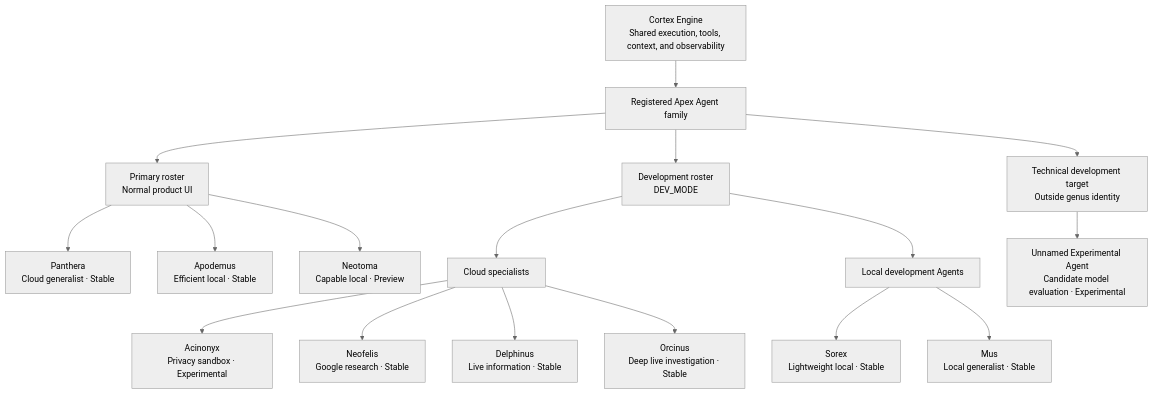
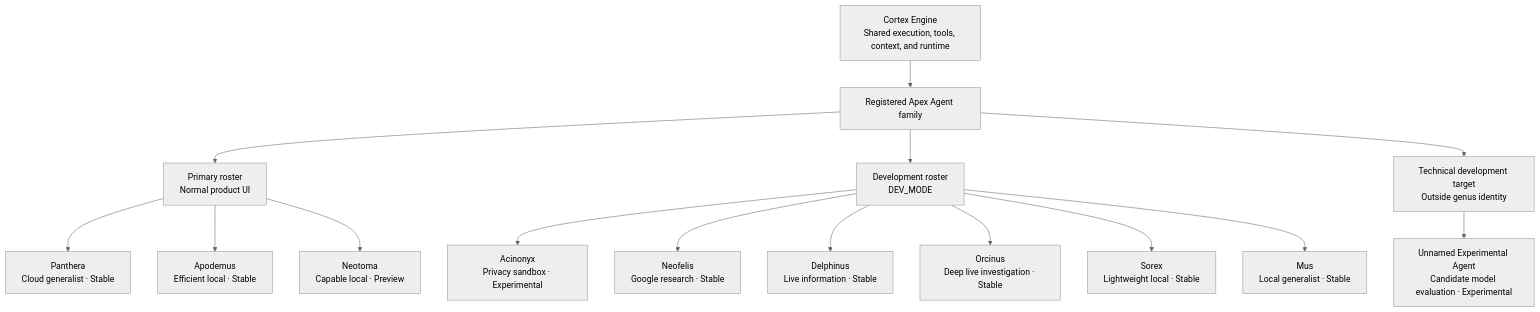
The diagram in docs/identity-and-naming.md (edumarcano/APEX), drawn with Mermaid (neutral theme) before and after one commit. The commit also changed other lines of this file and 26 other files, not shown here.

````diff
--- a/docs/identity-and-naming.md
+++ b/docs/identity-and-naming.md
@@ -140,31 +98,27 @@
 ```mermaid
 flowchart TB
-    ENGINE["Cortex Engine<br/>Shared execution, tools, context, and observability"]
+    ENGINE["Cortex Engine<br/>Shared execution, tools, context, and runtime"]
     FAMILY["Registered Apex Agent family"]
 
     PRIMARY["Primary roster<br/>Normal product UI"]
     DEV["Development roster<br/>DEV_MODE"]
     EXP["Technical development target<br/>Outside genus identity"]
 
     ENGINE --> FAMILY
     FAMILY --> PRIMARY
     FAMILY --> DEV
     FAMILY --> EXP
 
     PRIMARY --> PANTHERA["Panthera<br/>Cloud generalist · Stable"]
     PRIMARY --> APODEMUS["Apodemus<br/>Efficient local · Stable"]
     PRIMARY --> NEOTOMA["Neotoma<br/>Capable local · Preview"]
 
-    DEV --> CLOUDDEV["Cloud specialists"]
-    DEV --> LOCALDEV["Local development Agents"]
-
-    CLOUDDEV --> ACINONYX["Acinonyx<br/>Privacy sandbox · Experimental"]
-    CLOUDDEV --> NEOFELIS["Neofelis<br/>Google research · Stable"]
-    CLOUDDEV --> DELPHINUS["Delphinus<br/>Live information · Stable"]
-    CLOUDDEV --> ORCINUS["Orcinus<br/>Deep live investigation · Stable"]
-
-    LOCALDEV --> SOREX["Sorex<br/>Lightweight local · Stable"]
-    LOCALDEV --> MUS["Mus<br/>Local generalist · Stable"]
+    DEV --> ACINONYX["Acinonyx<br/>Privacy sandbox · Experimental"]
+    DEV --> NEOFELIS["Neofelis<br/>Google research · Stable"]
+    DEV --> DELPHINUS["Delphinus<br/>Live information · Stable"]
+    DEV --> ORCINUS["Orcinus<br/>Deep live investigation · Stable"]
+    DEV --> SOREX["Sorex<br/>Lightweight local · Stable"]
+    DEV --> MUS["Mus<br/>Local generalist · Stable"]
 
     EXP --> UNNAMED["Unnamed Experimental Agent<br/>Candidate model evaluation · Experimental"]
 ```
````
